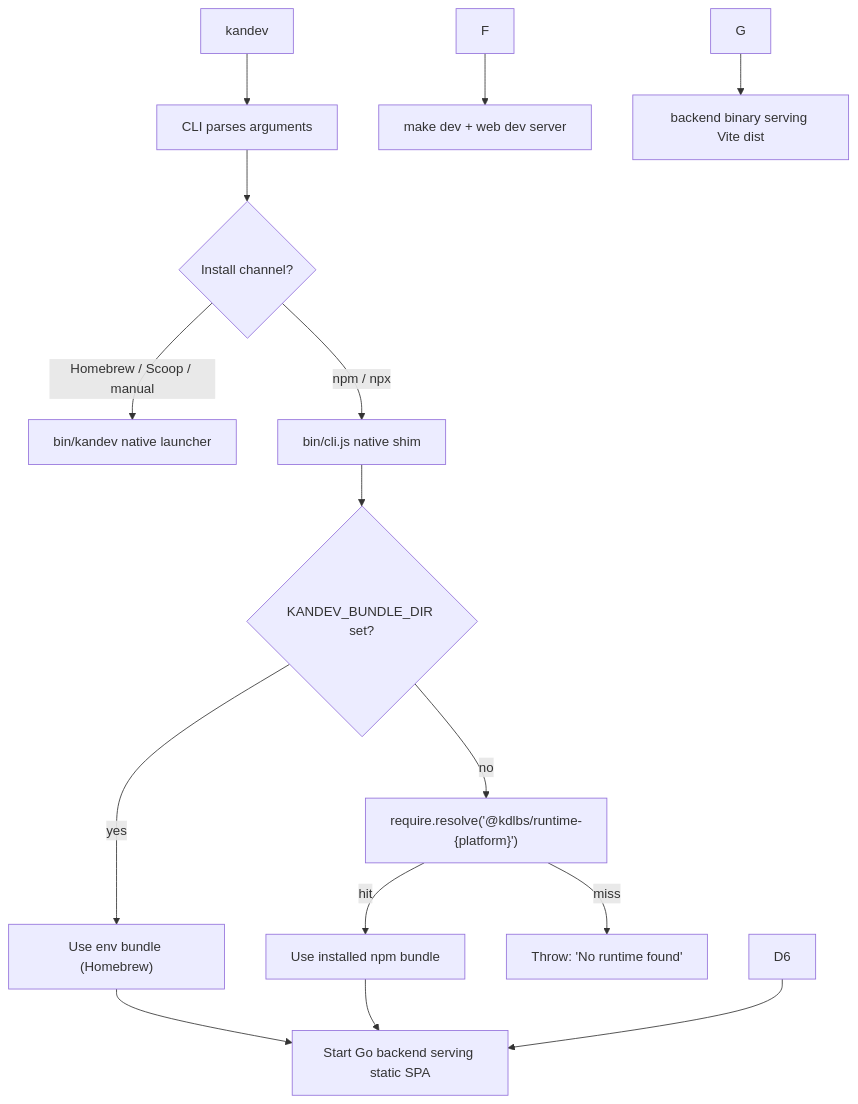
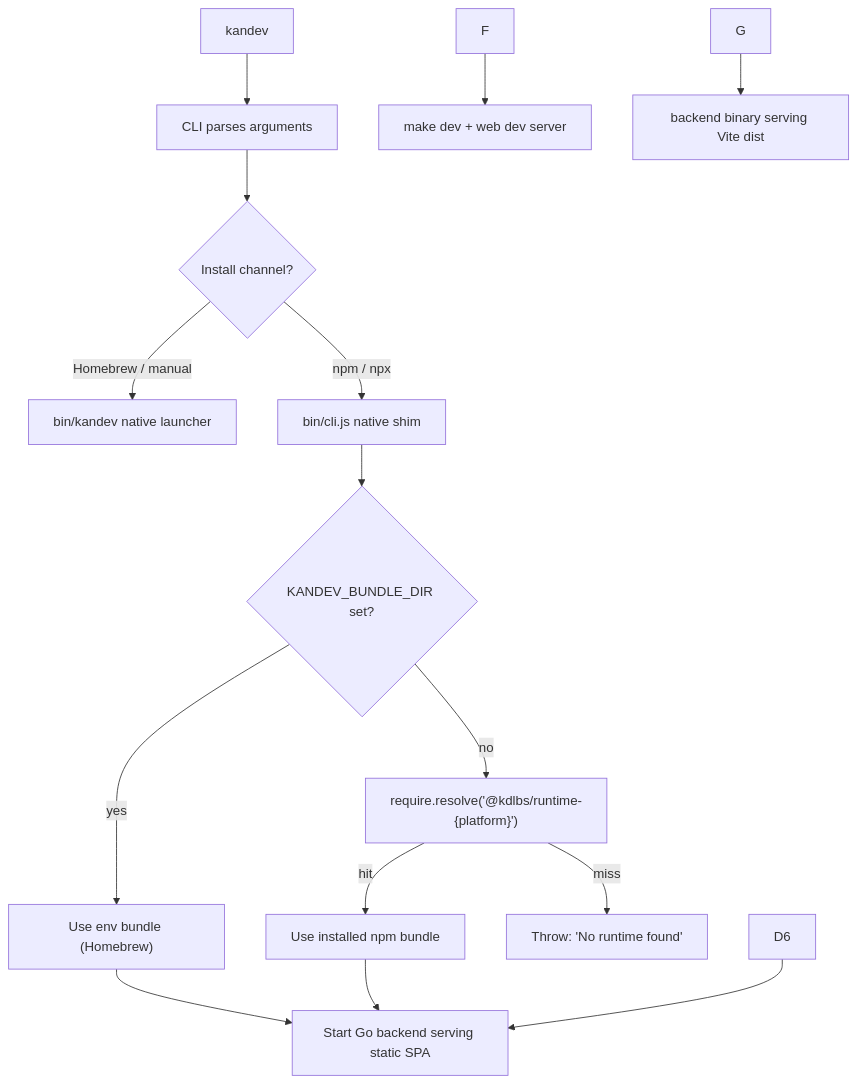
One commit to yattdev/kandev changed the diagram in apps/cli/README_internal.md. Above: the diagram before and after it, drawn with Mermaid. The commit also changed other lines of this file and 4896 other files, not shown here.

````diff
--- a/apps/cli/README_internal.md
+++ b/apps/cli/README_internal.md
@@ -5,21 +5,21 @@
 ```mermaid
 flowchart TD
     A["kandev"] --> B["CLI parses arguments"]
     B --> C{"Install channel?"}
 
-    C -->|Homebrew / Scoop / manual| H["bin/kandev native launcher"]
+    C -->|Homebrew / manual| H["bin/kandev native launcher"]
     C -->|npm / npx| D["bin/cli.js native shim"]
 
     D --> D1{"KANDEV_BUNDLE_DIR set?"}
     D1 -->|yes| D2["Use env bundle (Homebrew)"]
     D1 -->|no| D3["require.resolve('@kdlbs/runtime-{platform}')"]
     D3 -->|hit| D4["Use installed npm bundle"]
     D3 -->|miss| D5["Throw: 'No runtime found'"]
 
     D2 --> E["Start Go backend serving static SPA"]
     D4 --> E
     D6 --> E
 
     F --> F1["make dev + web dev server"]
     G --> G1["backend binary serving Vite dist"]
 ```
````
